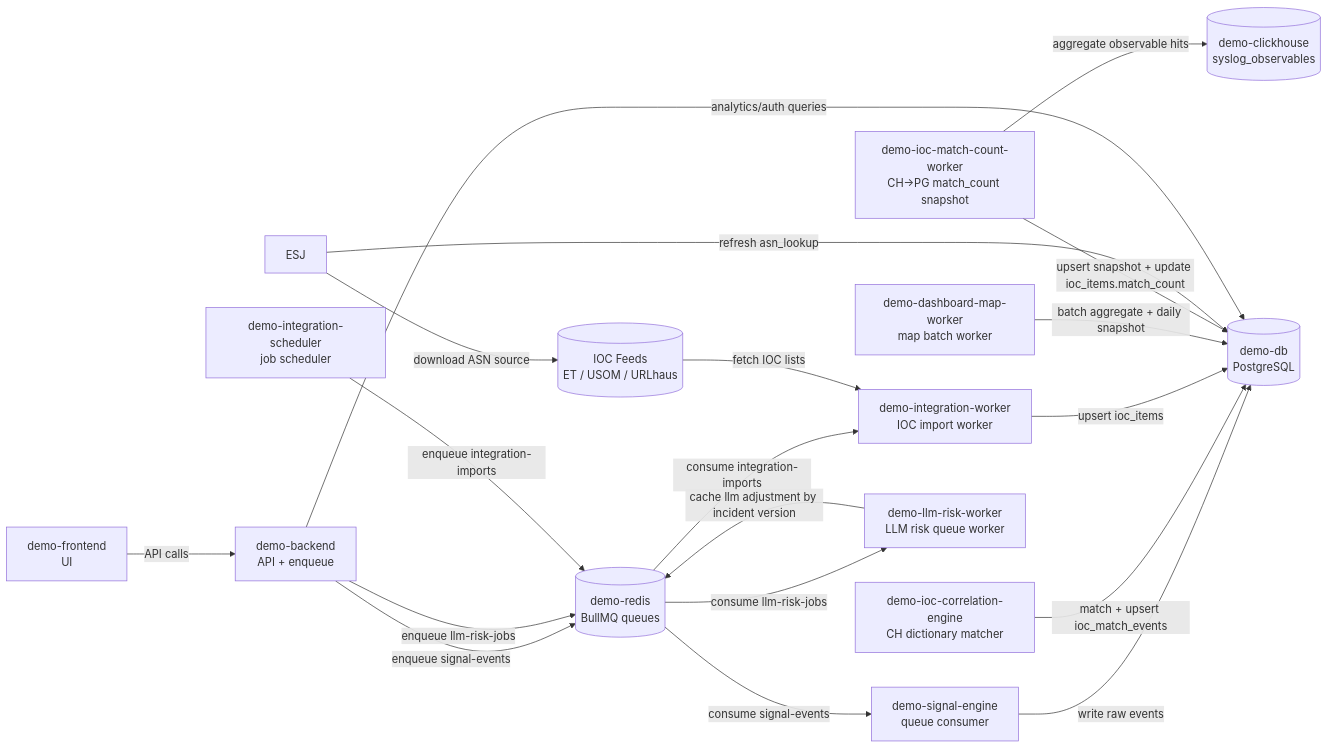
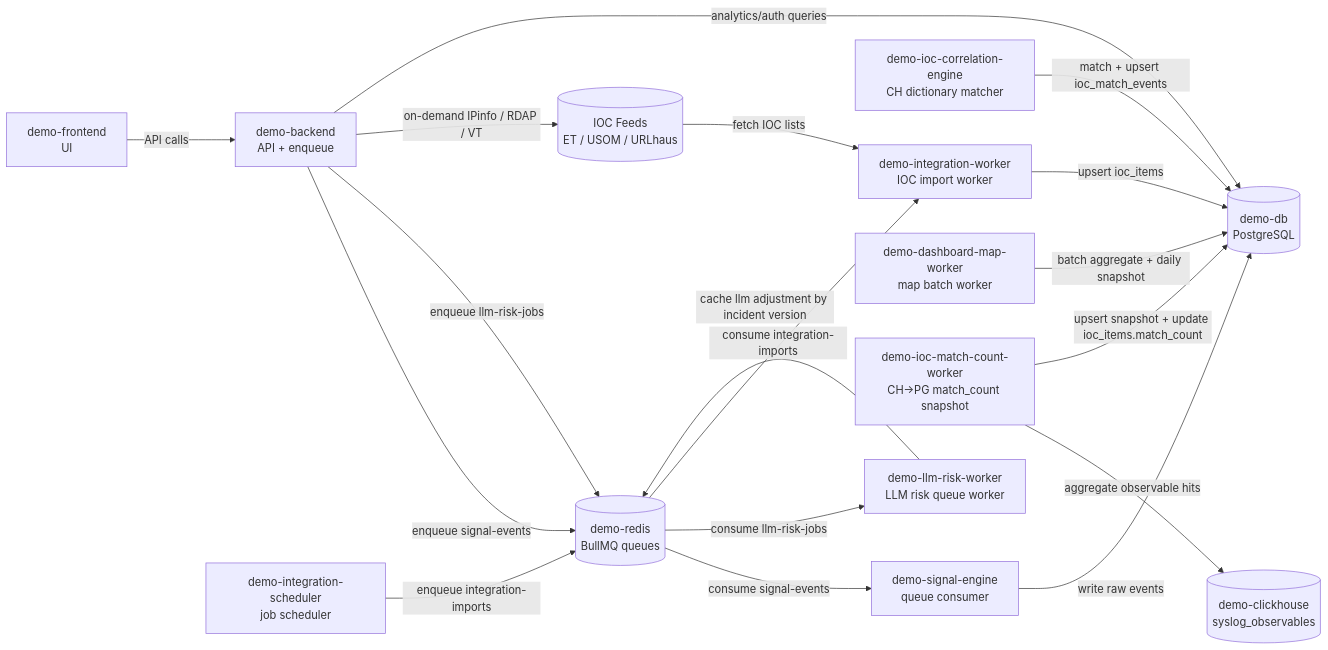
Before and after one commit to spatronn/TalonHound: the diagram in docs/container-operations-and-tuning.md, drawn with Mermaid. The commit also changed other lines of this file and 10 other files, not shown here.

````diff
--- a/docs/container-operations-and-tuning.md
+++ b/docs/container-operations-and-tuning.md
@@ -368,37 +343,36 @@
 ```mermaid
 flowchart LR
     FE[demo-frontend\nUI]
     BE[demo-backend\nAPI + enqueue]
     R[(demo-redis\nBullMQ queues)]
     SE[demo-signal-engine\nqueue consumer]
     ICE[demo-ioc-correlation-engine\nCH dictionary matcher]
     IS[demo-integration-scheduler\njob scheduler]
     IW[demo-integration-worker\nIOC import worker]
     MW[demo-dashboard-map-worker\nmap batch worker]
     IMC[demo-ioc-match-count-worker\nCH->PG match_count snapshot]
     LLMW[demo-llm-risk-worker\nLLM risk queue worker]
     DB[(demo-db\nPostgreSQL)]
     CH[(demo-clickhouse\nsyslog_observables)]
     EXT[(IOC Feeds\nET / USOM / URLhaus)]
 
     FE -->|API calls| BE
 
     BE -->|enqueue signal-events| R
     BE -->|enqueue llm-risk-jobs| R
     R -->|consume signal-events| SE
     R -->|consume llm-risk-jobs| LLMW
     SE -->|write raw events| DB
     ICE -->|match + upsert ioc_match_events| DB
     LLMW -->|cache llm adjustment by incident version| R
 
     IS -->|enqueue integration-imports| R
     R -->|consume integration-imports| IW
     EXT -->|fetch IOC lists| IW
     IW -->|upsert ioc_items| DB
     MW -->|batch aggregate + daily snapshot| DB
     IMC -->|aggregate observable hits| CH
     IMC -->|upsert snapshot + update ioc_items.match_count| DB
-    ESJ -->|download ASN source| EXT
-    ESJ -->|refresh asn_lookup| DB
+    BE -->|on-demand IPinfo / RDAP / VT| EXT
     BE -->|analytics/auth queries| DB
 ```
````
